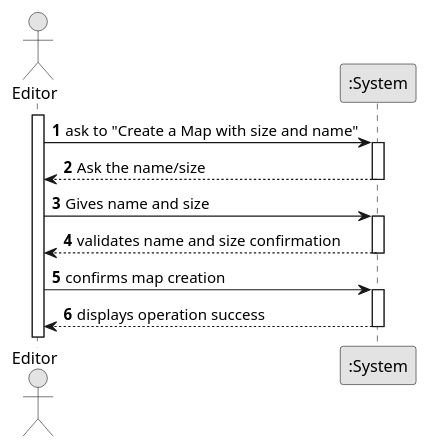
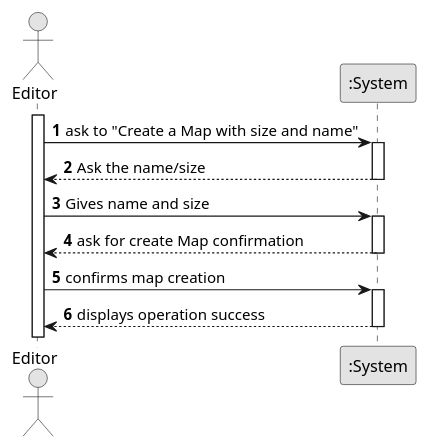
Before and after one commit to 1240826/empire-on-tracks: the diagram in docs/system-documentation/US001/01.requirements-engineering/puml/US001-SSD.puml, drawn with PlantUML. The commit also changed 3 other files, not shown here.

```diff
--- a/docs/system-documentation/US001/01.requirements-engineering/puml/US001-SSD.puml
+++ b/docs/system-documentation/US001/01.requirements-engineering/puml/US001-SSD.puml
@@ -1,31 +1,31 @@
 @startuml
 skinparam monochrome true
 skinparam packageStyle rectangle
 skinparam shadowing false
 
 autonumber
 
 actor "Editor" as Employee
 participant ":System" as System
 
 activate Employee
 
     Employee -> System : ask to "Create a Map with size and name"
     activate System
 
         System --> Employee : Ask the name/size
     deactivate System
 
     Employee -> System : Gives name and size
     activate System
 
-    System --> Employee : validates name and size confirmation
+    System --> Employee :ask for create Map confirmation
     deactivate System
 
      Employee -> System : confirms map creation
      activate System
 
      System --> Employee : displays operation success
      deactivate System
 
 @enduml
```
